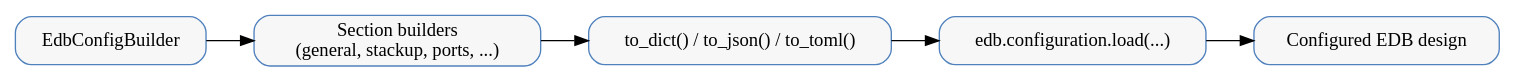
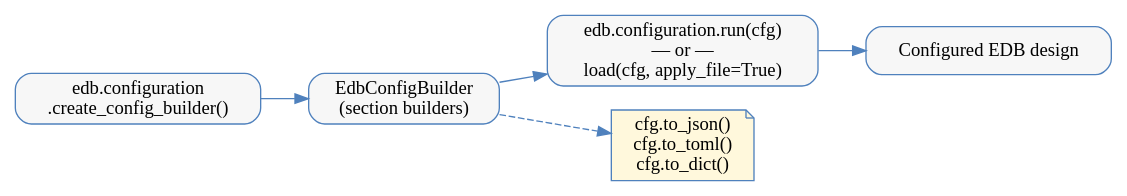
Before and after one commit to ansys/pyedb: the diagram in doc/source/configuration/cfg_api_guide.rst, drawn with Graphviz. The commit also changed other lines of this file and 3 other files, not shown here.

Commit message:
adding builder create api

```diff
--- a/doc/source/configuration/cfg_api_guide.rst
+++ b/doc/source/configuration/cfg_api_guide.rst
@@ -25,14 +33,16 @@
 .. graphviz::
 
    digraph cfg_api_workflow {
        rankdir=LR;
        node [shape=box, style="rounded,filled", fillcolor="#F7F7F7", color="#4F81BD"];
+       edge [color="#4F81BD"];
 
-       builder [label="EdbConfigBuilder"];
-       sections [label="Section builders\n(general, stackup, ports, ...)"];
-       serialize [label="to_dict() / to_json() / to_toml()"];
-       load [label="edb.configuration.load(...)"];
-       design [label="Configured EDB design"];
+       create  [label="edb.configuration\n.create_config_builder()"];
+       builder [label="EdbConfigBuilder\n(section builders)"];
+       run     [label="edb.configuration.run(cfg)\n— or —\nload(cfg, apply_file=True)"];
+       design  [label="Configured EDB design"];
+       persist [label="cfg.to_json()\ncfg.to_toml()\ncfg.to_dict()", shape=note, fillcolor="#FFF8DC"];
 
-       builder -> sections -> serialize -> load -> design;
+       create  -> builder -> run -> design;
+       builder -> persist [style=dashed];
    }
```
